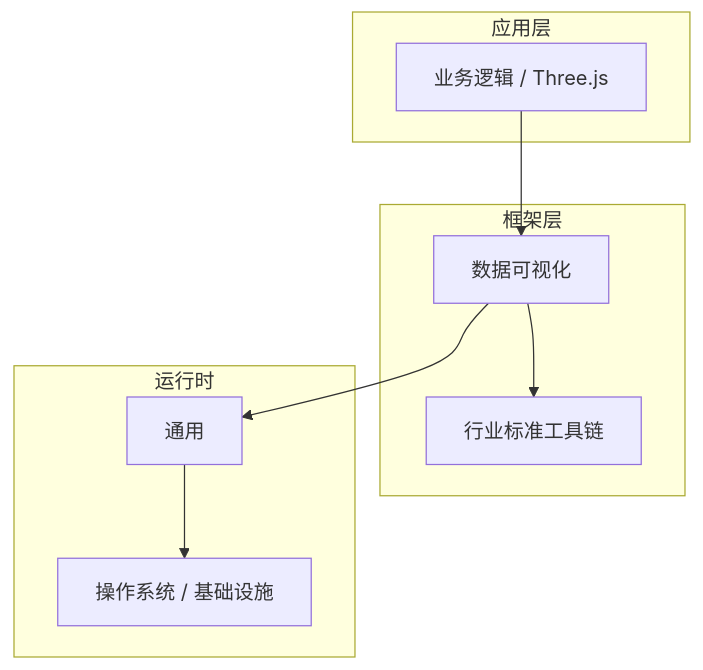
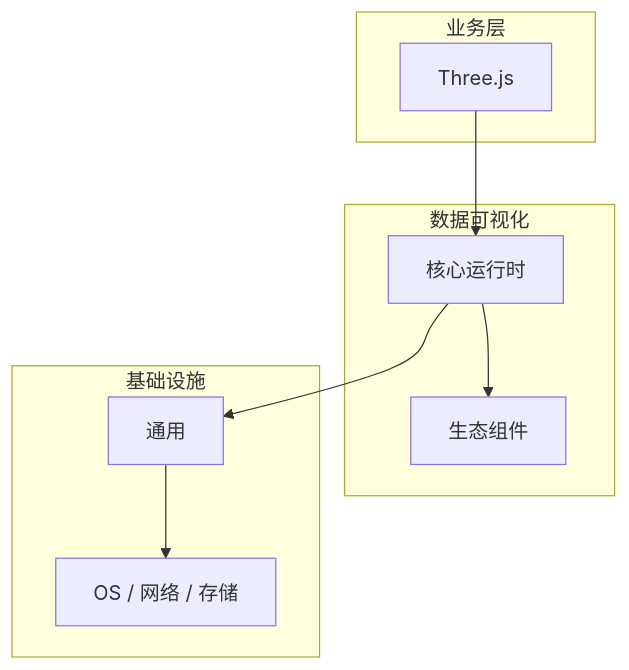
Before and after one commit to yanggan2015/knowledge-json-v2: the diagram in articles/数据可视化/chapters/038-Three.js核心概念与原理.md, drawn with Mermaid. The commit also changed other lines of this file and 10127 other files, not shown here.

````diff
--- a/articles/数据可视化/chapters/038-Three.js核心概念与原理.md
+++ b/articles/数据可视化/chapters/038-Three.js核心概念与原理.md
@@ -45,18 +34,18 @@
 ```mermaid
 graph TB
-    subgraph 应用层
-        A[业务逻辑 / Three.js]
+    subgraph 业务层
+        A[Three.js]
     end
-    subgraph 框架层
-        B[数据可视化]
-        C[行业标准工具链]
+    subgraph 数据可视化
+        B[核心运行时]
+        C[生态组件]
     end
-    subgraph 运行时
+    subgraph 基础设施
         D[通用]
-        E[操作系统 / 基础设施]
+        E[OS / 网络 / 存储]
     end
     A --> B
     B --> C
     B --> D
     D --> E
 ```
````
